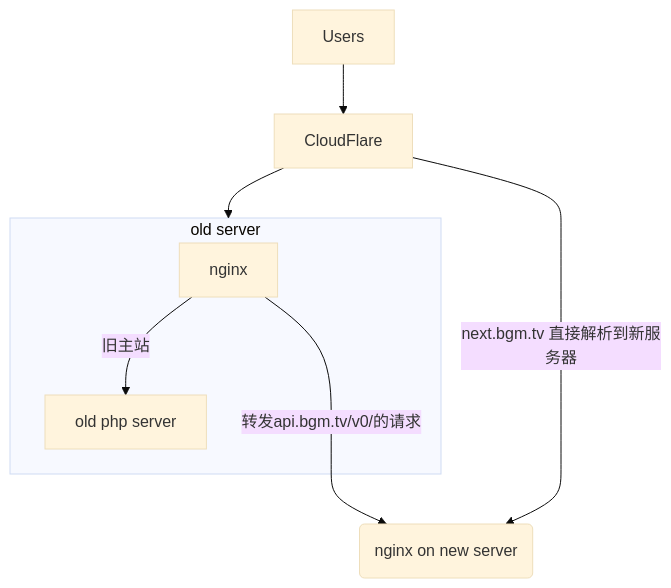
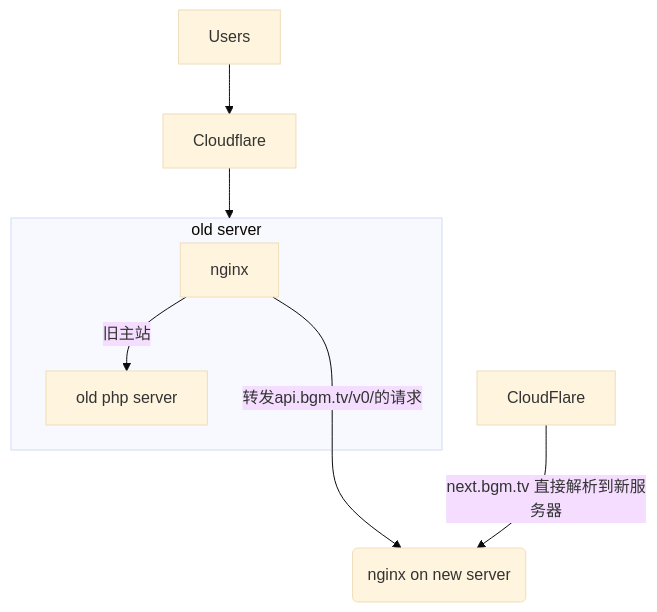
The first of 2 diagrams in readme.md (bangumi/server), drawn with Mermaid (base theme) before and after one commit.

````diff
--- a/readme.md
+++ b/readme.md
@@ -65,13 +65,13 @@
 ```mermaid
 flowchart TD
-  Users --> CloudFlare --> Old
+  Users --> Cloudflare --> Old
 
   subgraph Old[old server]
     nginx
     nginx --> |旧主站|php[old php server];
   end
 
 
   nginx ---> |转发api.bgm.tv/v0/的请求| Nginx(nginx on new server);
   CloudFlare --> |next.bgm.tv 直接解析到新服务器|Nginx;
 ```
````
